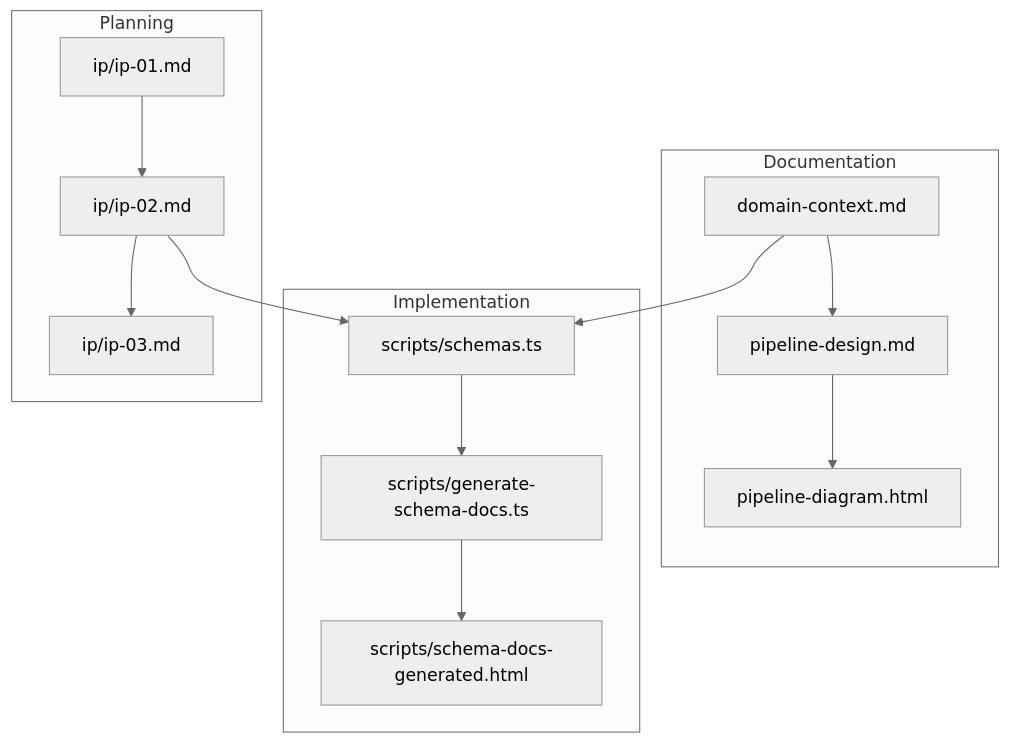
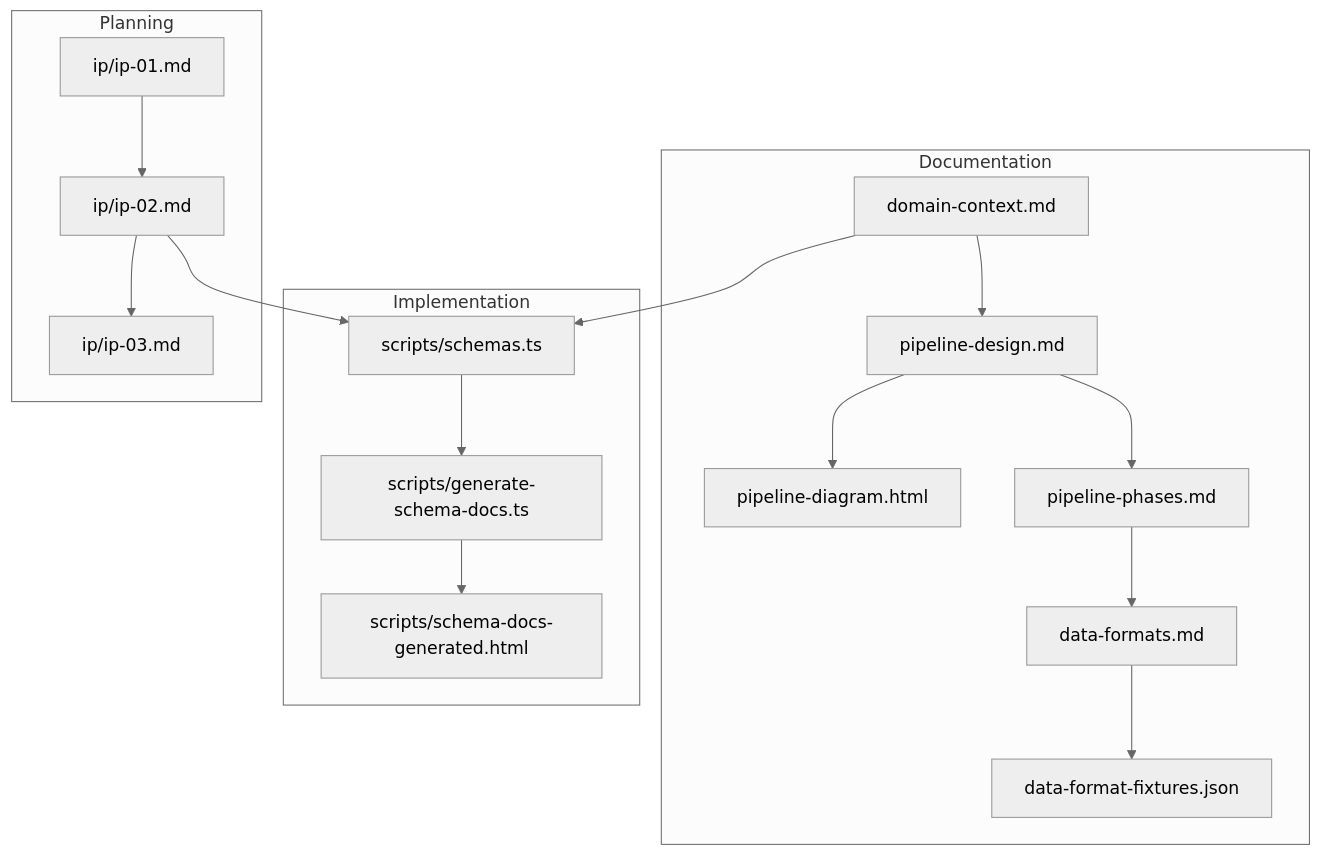
One commit to paideia-ai/tech-doc-axiia changed the diagram in score-post-llm-pipeline/index.md. Above: the diagram before and after it, drawn with Mermaid (neutral theme). The commit also changed other lines of this file and 3 other files, not shown here.

First line of the commit message:
Add ProblemDimensionMap as standalone entity, document pipeline phases

````diff
--- a/score-post-llm-pipeline/index.md
+++ b/score-post-llm-pipeline/index.md
@@ -41,20 +44,23 @@
 ```mermaid
 graph TD
     subgraph "Documentation"
         DC[domain-context.md] --> PD[pipeline-design.md]
         PD --> DIAG[pipeline-diagram.html]
+        PP[pipeline-phases.md] --> DF[data-formats.md]
+        DF --> FIX[data-format-fixtures.json]
     end
 
     subgraph "Implementation"
         SCH[scripts/schemas.ts] --> GEN[scripts/generate-schema-docs.ts]
         GEN --> HTML[scripts/schema-docs-generated.html]
     end
 
     subgraph "Planning"
         IP1[ip/ip-01.md] --> IP2[ip/ip-02.md]
         IP2 --> IP3[ip/ip-03.md]
     end
 
     DC --> SCH
     IP2 --> SCH
+    PD --> PP
 ```
````
